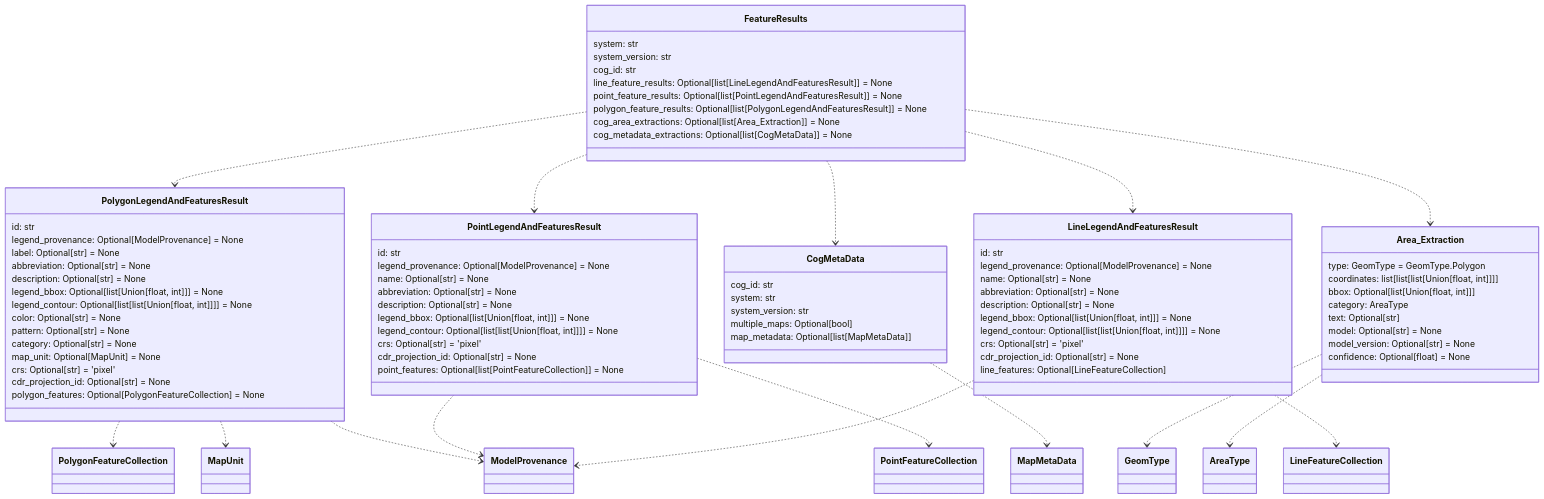
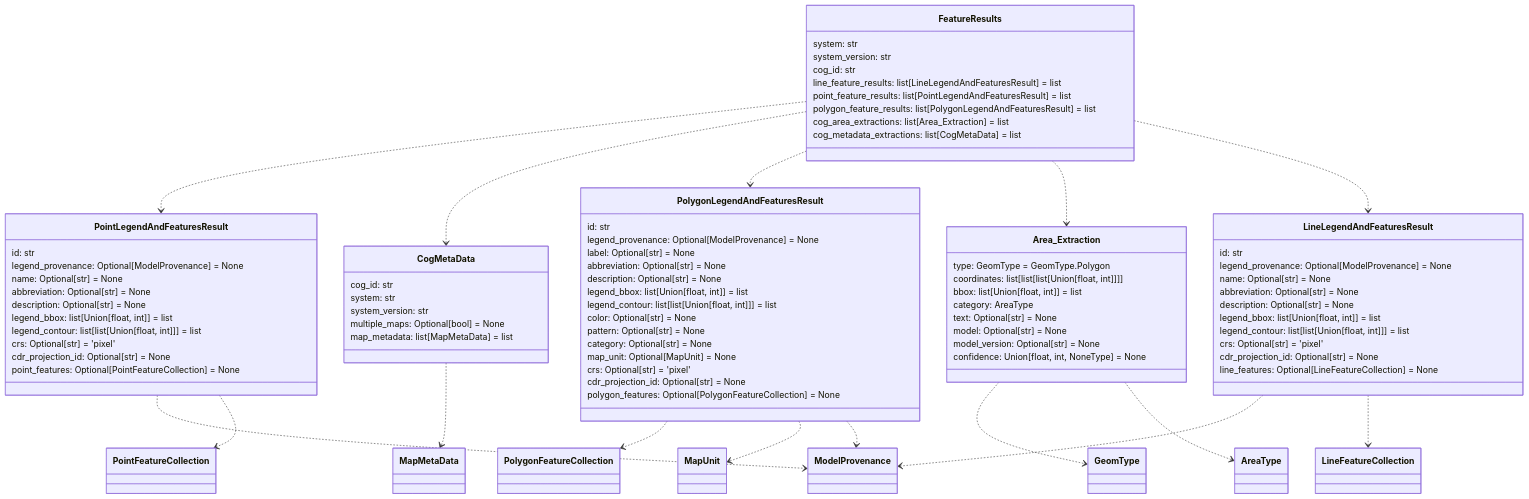
Before and after one commit to DARPA-CRITICALMAAS/cdr_schemas: the fourth of 12 diagrams in README.md, drawn with Mermaid. The commit also changed other lines of this file and 20 other files, not shown here.

````diff
--- a/README.md
+++ b/README.md
@@ -251,5 +251,37 @@
 ```mermaid
 classDiagram
+
+    class PointLegendAndFeaturesResult {
+        id: str
+        legend_provenance: Optional[ModelProvenance] = None
+        name: Optional[str] = None
+        abbreviation: Optional[str] = None
+        description: Optional[str] = None
+        legend_bbox: list[Union[float, int]] = list
+        legend_contour: list[list[Union[float, int]]] = list
+        crs: Optional[str] = 'pixel'
+        cdr_projection_id: Optional[str] = None
+        point_features: Optional[PointFeatureCollection] = None
+    }
+
+    class CogMetaData {
+        cog_id: str
+        system: str
+        system_version: str
+        multiple_maps: Optional[bool] = None
+        map_metadata: list[MapMetaData] = list
+    }
+
+    class FeatureResults {
+        system: str
+        system_version: str
+        cog_id: str
+        line_feature_results: list[LineLegendAndFeaturesResult] = list
+        point_feature_results: list[PointLegendAndFeaturesResult] = list
+        polygon_feature_results: list[PolygonLegendAndFeaturesResult] = list
+        cog_area_extractions: list[Area_Extraction] = list
+        cog_metadata_extractions: list[CogMetaData] = list
+    }
 
     class PolygonLegendAndFeaturesResult {
         id: str
@@ -257,8 +289,8 @@
         label: Optional[str] = None
         abbreviation: Optional[str] = None
         description: Optional[str] = None
-        legend_bbox: Optional[list[Union[float, int]]] = None
-        legend_contour: Optional[list[list[Union[float, int]]]] = None
+        legend_bbox: list[Union[float, int]] = list
+        legend_contour: list[list[Union[float, int]]] = list
         color: Optional[str] = None
         pattern: Optional[str] = None
         category: Optional[str] = None
@@ -268,47 +300,15 @@
         polygon_features: Optional[PolygonFeatureCollection] = None
     }
 
-    class PointLegendAndFeaturesResult {
-        id: str
-        legend_provenance: Optional[ModelProvenance] = None
-        name: Optional[str] = None
-        abbreviation: Optional[str] = None
-        description: Optional[str] = None
-        legend_bbox: Optional[list[Union[float, int]]] = None
-        legend_contour: Optional[list[list[Union[float, int]]]] = None
-        crs: Optional[str] = 'pixel'
-        cdr_projection_id: Optional[str] = None
-        point_features: Optional[list[PointFeatureCollection]] = None
-    }
-
-    class CogMetaData {
-        cog_id: str
-        system: str
-        system_version: str
-        multiple_maps: Optional[bool]
-        map_metadata: Optional[list[MapMetaData]]
-    }
-
-    class FeatureResults {
-        system: str
-        system_version: str
-        cog_id: str
-        line_feature_results: Optional[list[LineLegendAndFeaturesResult]] = None
-        point_feature_results: Optional[list[PointLegendAndFeaturesResult]] = None
-        polygon_feature_results: Optional[list[PolygonLegendAndFeaturesResult]] = None
-        cog_area_extractions: Optional[list[Area_Extraction]] = None
-        cog_metadata_extractions: Optional[list[CogMetaData]] = None
-    }
-
     class Area_Extraction {
         type: GeomType = GeomType.Polygon
         coordinates: list[list[list[Union[float, int]]]]
-        bbox: Optional[list[Union[float, int]]]
+        bbox: list[Union[float, int]] = list
         category: AreaType
-        text: Optional[str]
+        text: Optional[str] = None
         model: Optional[str] = None
         model_version: Optional[str] = None
-        confidence: Optional[float] = None
+        confidence: Union[float, int, NoneType] = None
     }
 
     class LineLegendAndFeaturesResult {
@@ -317,11 +317,11 @@
         name: Optional[str] = None
         abbreviation: Optional[str] = None
         description: Optional[str] = None
-        legend_bbox: Optional[list[Union[float, int]]] = None
-        legend_contour: Optional[list[list[Union[float, int]]]] = None
+        legend_bbox: list[Union[float, int]] = list
+        legend_contour: list[list[Union[float, int]]] = list
         crs: Optional[str] = 'pixel'
         cdr_projection_id: Optional[str] = None
-        line_features: Optional[LineFeatureCollection]
+        line_features: Optional[LineFeatureCollection] = None
     }
 
     Area_Extraction ..> GeomType
@@ -330,13 +330,13 @@
     LineLegendAndFeaturesResult ..> LineFeatureCollection
     PointLegendAndFeaturesResult ..> ModelProvenance
     PointLegendAndFeaturesResult ..> PointFeatureCollection
-    PolygonLegendAndFeaturesResult ..> ModelProvenance
     PolygonLegendAndFeaturesResult ..> PolygonFeatureCollection
     PolygonLegendAndFeaturesResult ..> MapUnit
+    PolygonLegendAndFeaturesResult ..> ModelProvenance
     CogMetaData ..> MapMetaData
-    FeatureResults ..> PolygonLegendAndFeaturesResult
     FeatureResults ..> PointLegendAndFeaturesResult
     FeatureResults ..> CogMetaData
+    FeatureResults ..> PolygonLegendAndFeaturesResult
     FeatureResults ..> Area_Extraction
     FeatureResults ..> LineLegendAndFeaturesResult
 
````
